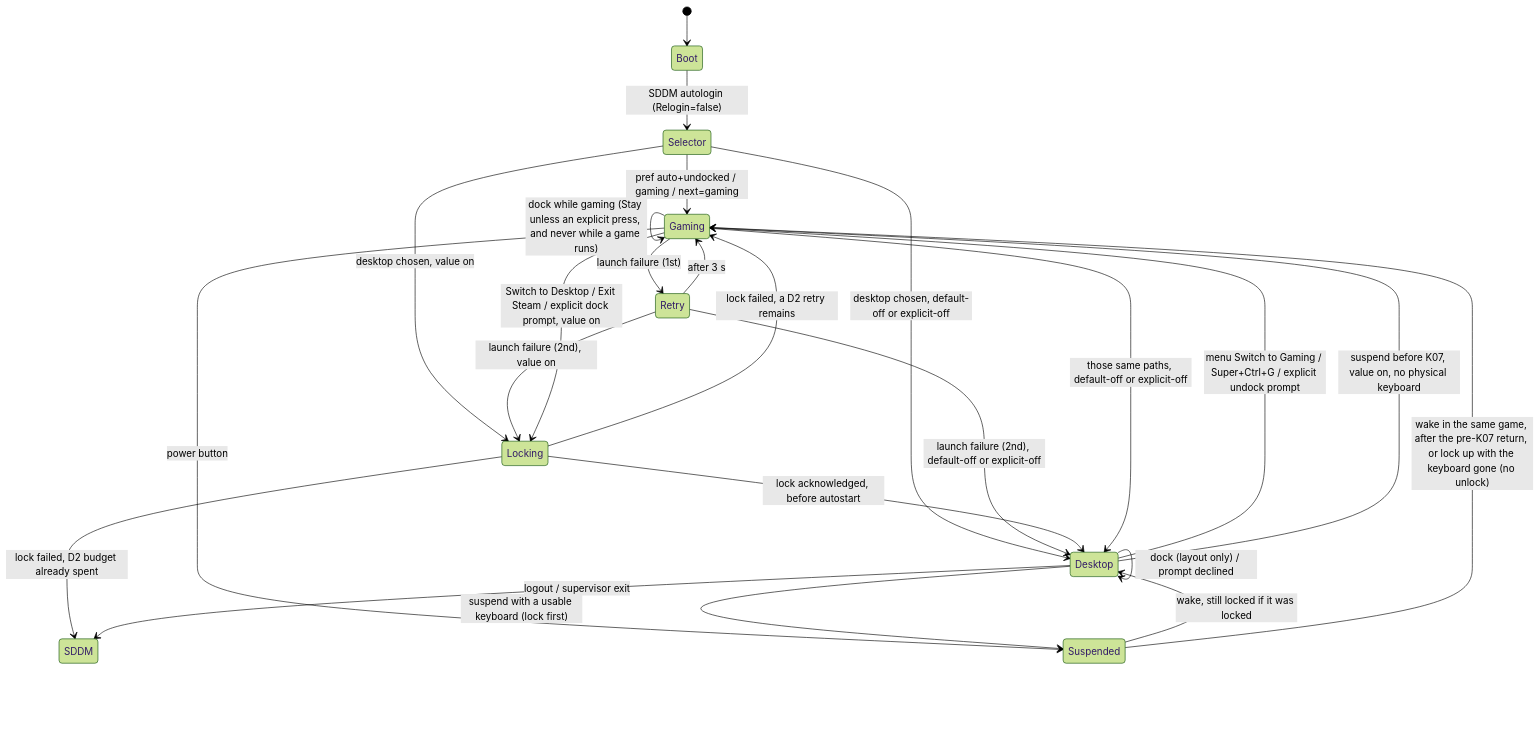
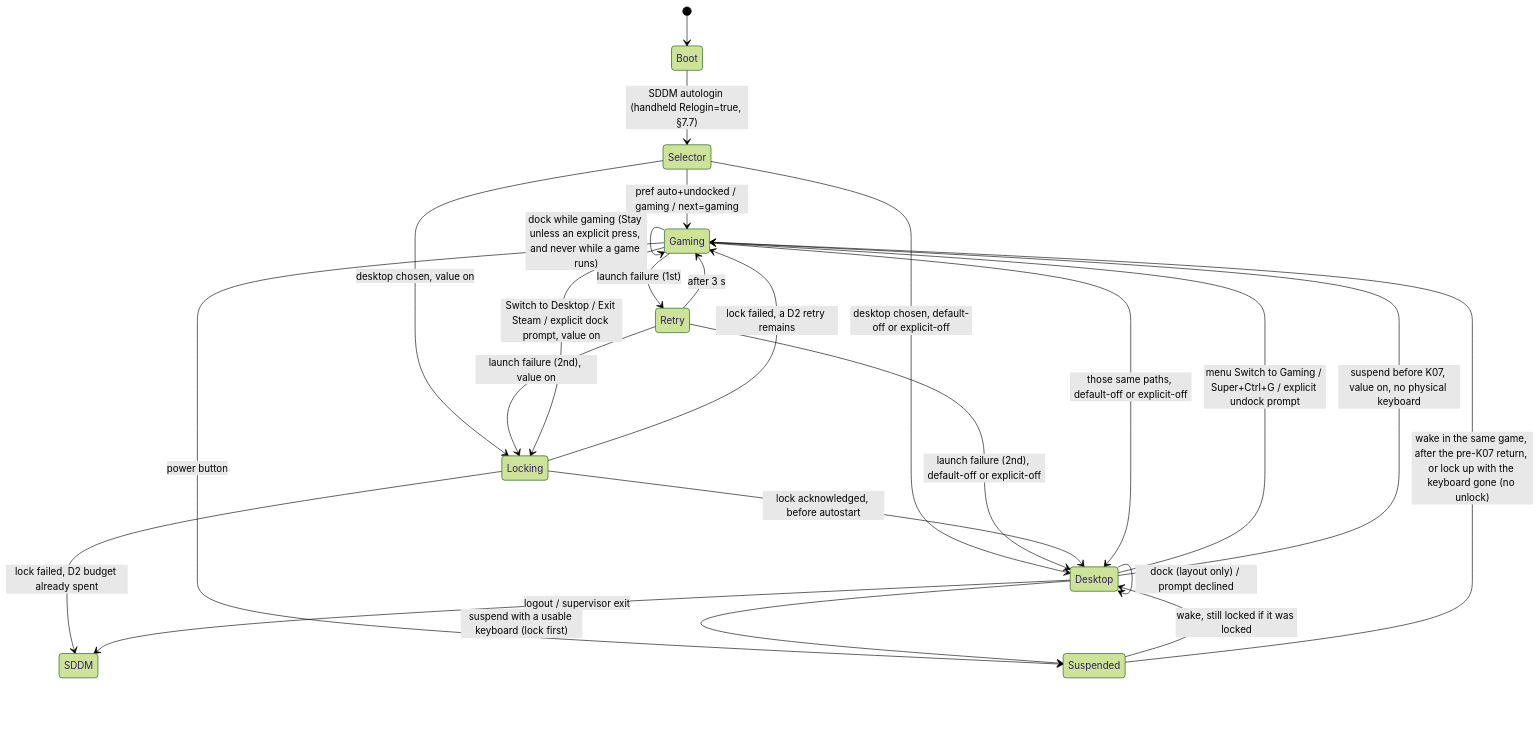
Before and after one commit to DanielJBurbridge/omarchy: the diagram in docs/handheld/02-mode-switch-and-dock.md, drawn with Mermaid (forest theme). The commit also changed other lines of this file and 2 other files, not shown here.

First line of the commit message:
Return a terminated handheld session to gaming

````diff
--- a/docs/handheld/02-mode-switch-and-dock.md
+++ b/docs/handheld/02-mode-switch-and-dock.md
@@ -330,26 +336,26 @@
 ```mermaid
 stateDiagram-v2
     [*] --> Boot
-    Boot --> Selector: SDDM autologin (Relogin=false)
+    Boot --> Selector: SDDM autologin (handheld Relogin=true, §7.7)
     Selector --> Gaming: pref auto+undocked / gaming / next=gaming
     Selector --> Locking: desktop chosen, value on
     Selector --> Desktop: desktop chosen, default-off or explicit-off
     Gaming --> Retry: launch failure (1st)
     Retry --> Gaming: after 3 s
     Retry --> Locking: launch failure (2nd), value on
     Retry --> Desktop: launch failure (2nd), default-off or explicit-off
     Locking --> Desktop: lock acknowledged, before autostart
     Locking --> Gaming: lock failed, a D2 retry remains
     Locking --> SDDM: lock failed, D2 budget already spent
     Gaming --> Locking: Switch to Desktop / Exit Steam / explicit dock prompt, value on
     Gaming --> Desktop: those same paths, default-off or explicit-off
     Desktop --> Gaming: menu Switch to Gaming / Super+Ctrl+G / explicit undock prompt
     Gaming --> Gaming: dock while gaming (Stay unless an explicit press, and never while a game runs)
     Desktop --> Desktop: dock (layout only) / prompt declined
     Desktop --> SDDM: logout / supervisor exit
     Gaming --> Suspended: power button
     Desktop --> Suspended: suspend with a usable keyboard (lock first)
     Desktop --> Gaming: suspend before K07, value on, no physical keyboard
     Suspended --> Desktop: wake, still locked if it was locked
     Suspended --> Gaming: wake in the same game, after the pre-K07 return, or lock up with the keyboard gone (no unlock)
 ```
````
